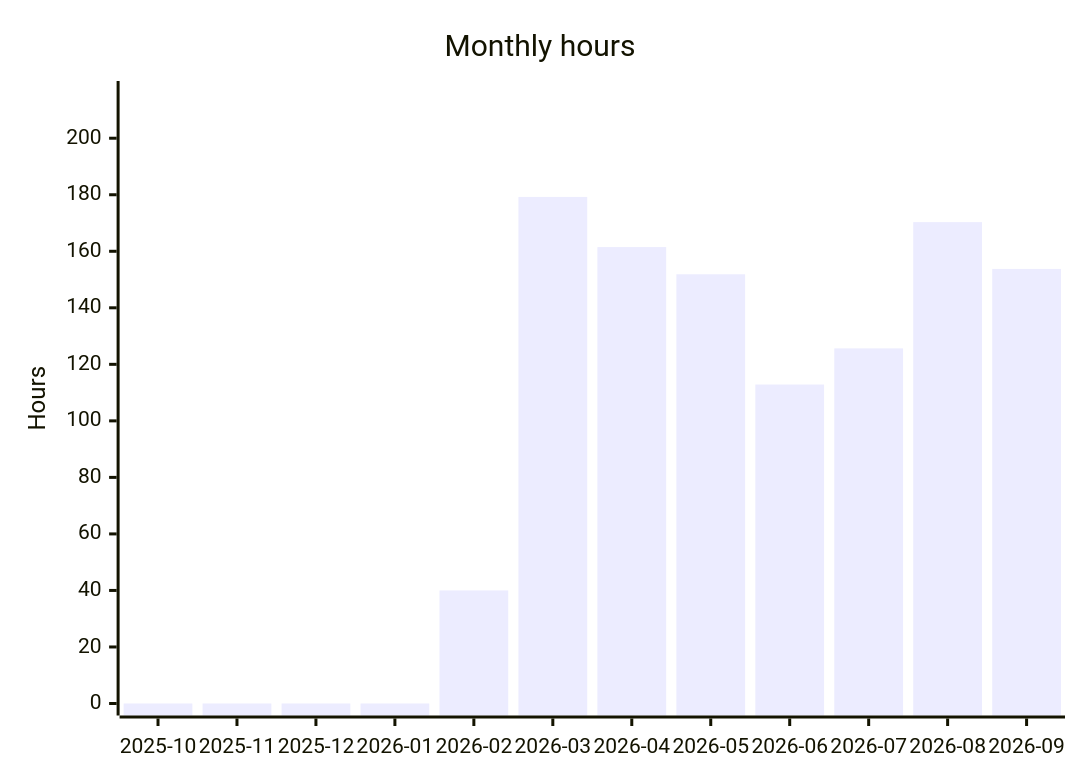
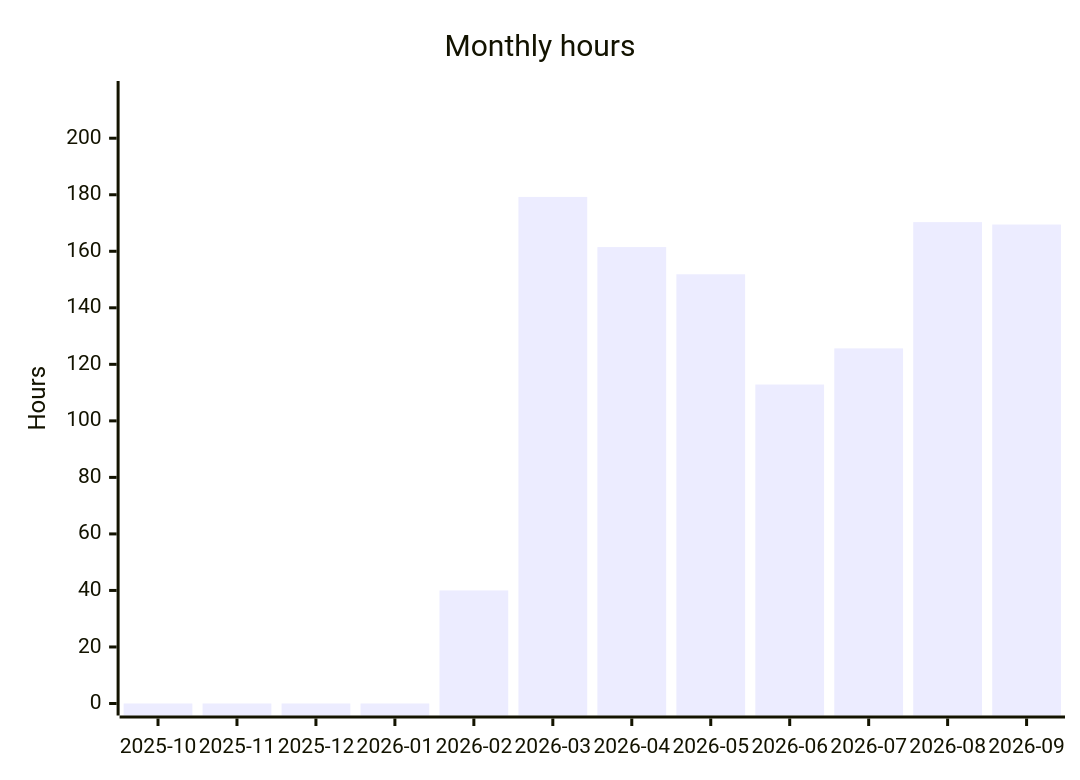
The fourth of 5 diagrams in README.org (albinforsberg-netizen/timeclock), drawn with Mermaid before and after one commit. The commit also changed other lines of this file, not shown here.

```diff
--- a/README.org
+++ b/README.org
@@ -123,7 +123,7 @@
 #+begin_src mermaid
 xychart-beta
     title "Monthly hours"
     x-axis ["2025-10", "2025-11", "2025-12", "2026-01", "2026-02", "2026-03", "2026-04", "2026-05", "2026-06", "2026-07", "2026-08", "2026-09"]
     y-axis "Hours" 0 --> 216
-    bar [0.00, 0.00, 0.00, 0.00, 40.00, 179.23, 161.48, 151.86, 112.85, 125.64, 170.32, 153.76]
+    bar [0.00, 0.00, 0.00, 0.00, 40.00, 179.23, 161.48, 151.86, 112.85, 125.64, 170.32, 169.46]
 #+end_src
```
